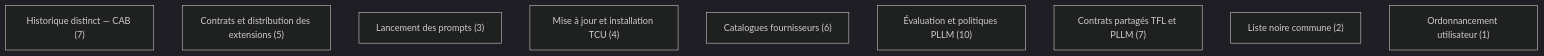
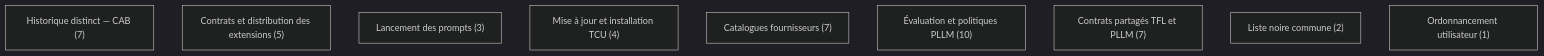
Before and after one commit to AzenorPixs/tools-codex: the first of 2 diagrams in DEVELOPMENT_MAP.md, drawn with Mermaid (dark theme). The commit also changed other lines of this file and 14 other files, not shown here.

````diff
--- a/DEVELOPMENT_MAP.md
+++ b/DEVELOPMENT_MAP.md
@@ -38,12 +44,12 @@
 ```mermaid
 flowchart TB
   GCAB["Historique distinct — CAB (7)"]
   GEXT["Contrats et distribution des extensions (5)"]
   GPRM["Lancement des prompts (3)"]
   GUPD["Mise à jour et installation TCU (4)"]
-  GTFL["Catalogues fournisseurs (6)"]
+  GTFL["Catalogues fournisseurs (7)"]
   GPLL["Évaluation et politiques PLLM (10)"]
   GLLM["Contrats partagés TFL et PLLM (7)"]
   GLM["Liste noire commune (2)"]
   GSCH["Ordonnancement utilisateur (1)"]
 ```
````
